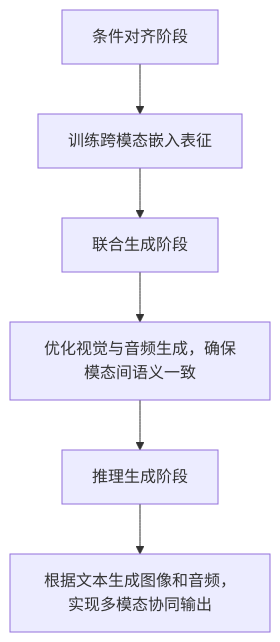
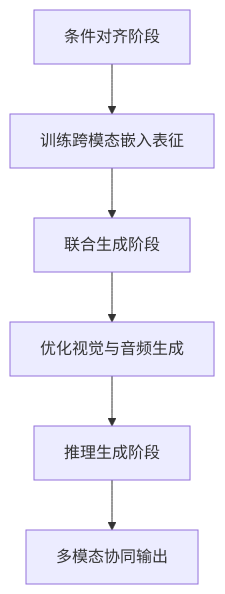
Before and after one commit to Let-9/iodraw-files: the diagram in all/未命名-3.md, drawn with Mermaid.

Commit message:
2024-12-10 11:26:47 update

````diff
--- a/all/未命名-3.md
+++ b/all/未命名-3.md
@@ -1,8 +1,8 @@
 ```mermaid
 graph TD;
 A[条件对齐阶段] --> B[训练跨模态嵌入表征];
 B --> C[联合生成阶段];
-C --> D[优化视觉与音频生成，确保模态间语义一致];
+C --> D[优化视觉与音频生成];
 D --> E[推理生成阶段];
-E --> F[根据文本生成图像和音频，实现多模态协同输出];
+E --> F[多模态协同输出];
 ```
````
